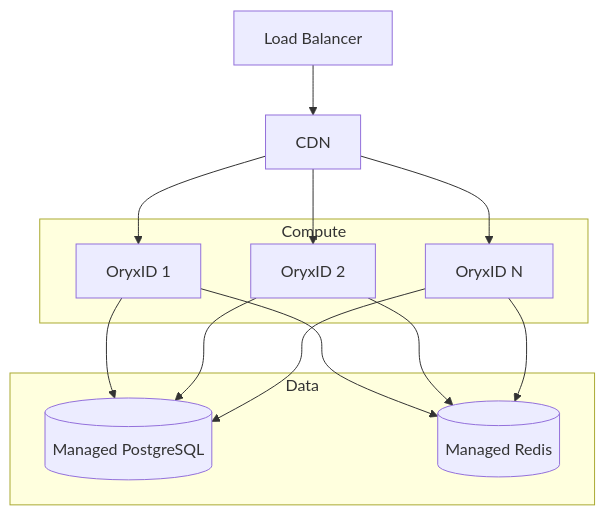
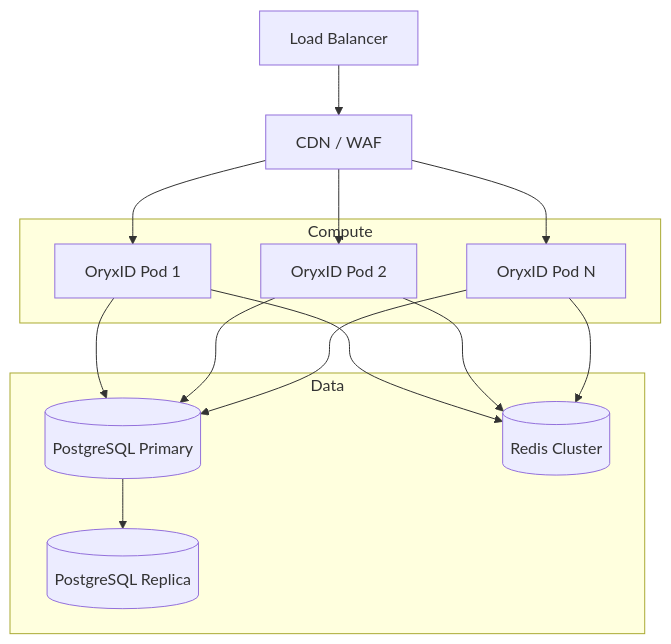
Before and after one commit to royzah/OryxID: the eighth of 8 diagrams in README.md, drawn with Mermaid. The commit also changed other lines of this file and 10 other files, not shown here.

````diff
--- a/README.md
+++ b/README.md
@@ -249,24 +413,26 @@
 ```mermaid
 graph TB
     LB[Load Balancer]
-    CDN[CDN]
+    CDN[CDN / WAF]
 
     subgraph Compute
-        App1[OryxID 1]
-        App2[OryxID 2]
-        AppN[OryxID N]
+        App1[OryxID Pod 1]
+        App2[OryxID Pod 2]
+        AppN[OryxID Pod N]
     end
 
     subgraph Data
-        RDS[(Managed PostgreSQL)]
-        Cache[(Managed Redis)]
+        Primary[(PostgreSQL Primary)]
+        Replica[(PostgreSQL Replica)]
+        Cache[(Redis Cluster)]
     end
 
     LB --> CDN
     CDN --> App1
     CDN --> App2
     CDN --> AppN
 
-    App1 & App2 & AppN --> RDS
+    App1 & App2 & AppN --> Primary
+    Primary --> Replica
     App1 & App2 & AppN --> Cache
 ```
````
